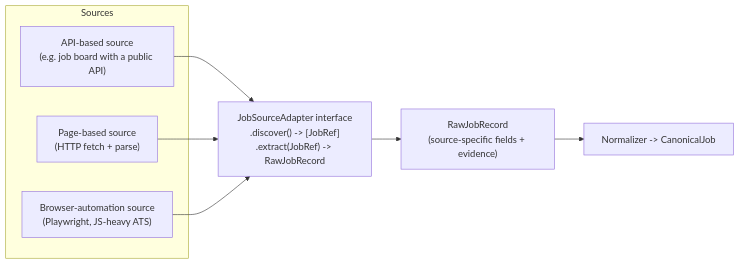
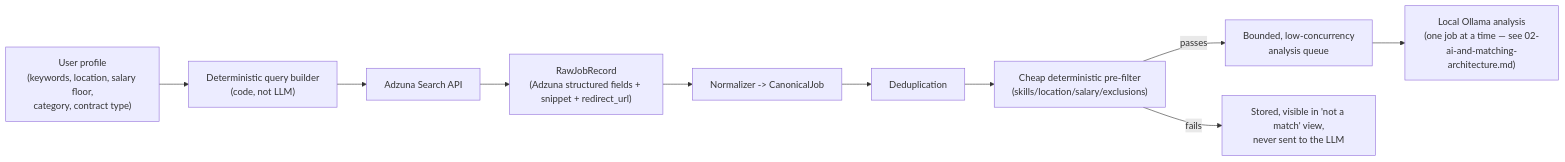
One commit to wassimrahoui/adhd-job-agent changed the first of 3 diagrams in docs/03-job-sources-and-browser-automation.md. Above: the diagram before and after it, drawn with Mermaid. The commit also changed other lines of this file and 4 other files, not shown here.

````diff
--- a/docs/03-job-sources-and-browser-automation.md
+++ b/docs/03-job-sources-and-browser-automation.md
@@ -7,13 +30,12 @@
 ```mermaid
 flowchart LR
-    subgraph Sources
-        API["API-based source\n(e.g. job board with a public API)"]
-        PAGE["Page-based source\n(HTTP fetch + parse)"]
-        ATS["Browser-automation source\n(Playwright, JS-heavy ATS)"]
-    end
-    API --> ADAPTER["JobSourceAdapter interface\n.discover() -> [JobRef]\n.extract(JobRef) -> RawJobRecord"]
-    PAGE --> ADAPTER
-    ATS --> ADAPTER
-    ADAPTER --> RAW["RawJobRecord\n(source-specific fields + evidence)"]
+    PROFILE["User profile\n(keywords, location, salary floor,\ncategory, contract type)"] --> QUERYBUILD["Deterministic query builder\n(code, not LLM)"]
+    QUERYBUILD --> ADZUNA["Adzuna Search API"]
+    ADZUNA --> RAW["RawJobRecord\n(Adzuna structured fields + snippet + redirect_url)"]
     RAW --> NORM["Normalizer -> CanonicalJob"]
+    NORM --> DEDUP["Deduplication"]
+    DEDUP --> DETFILTER["Cheap deterministic pre-filter\n(skills/location/salary/exclusions)"]
+    DETFILTER -->|passes| QUEUE["Bounded, low-concurrency\nanalysis queue"]
+    DETFILTER -->|fails| STORE_ONLY["Stored, visible in 'not a match' view,\nnever sent to the LLM"]
+    QUEUE --> LLM["Local Ollama analysis\n(one job at a time — see 02-ai-and-matching-architecture.md)"]
 ```
````
